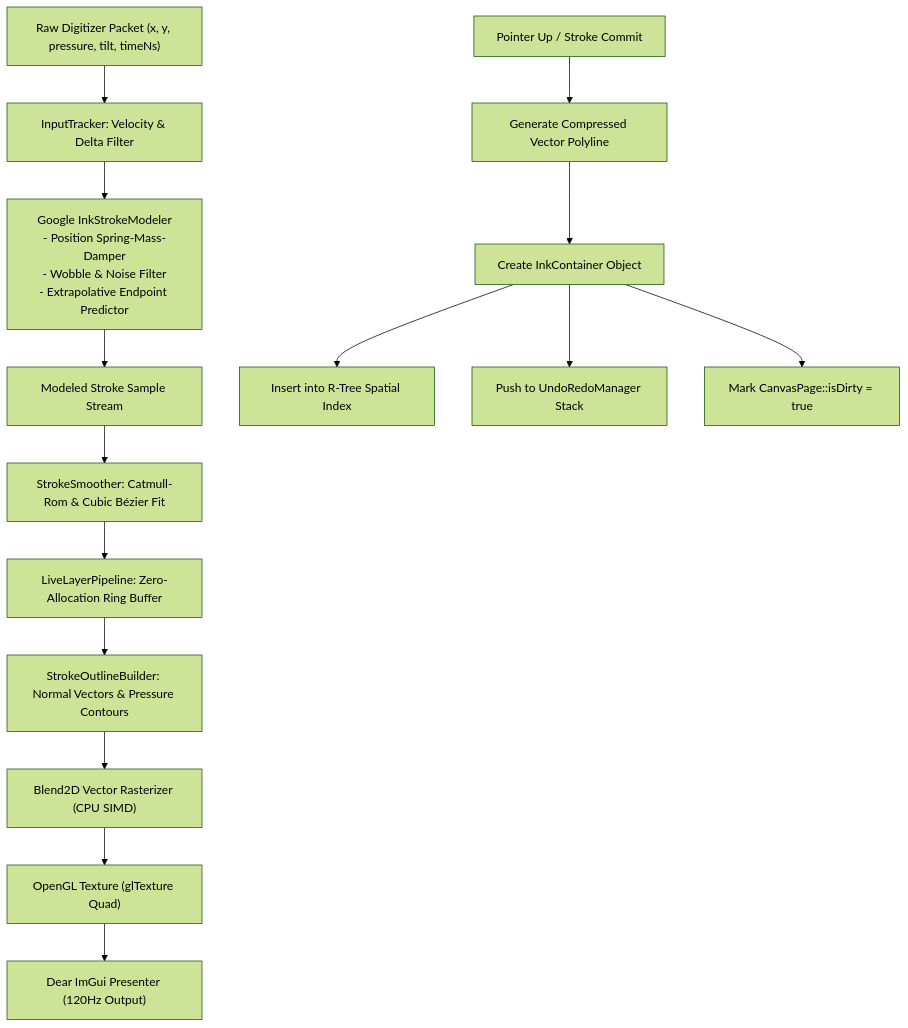
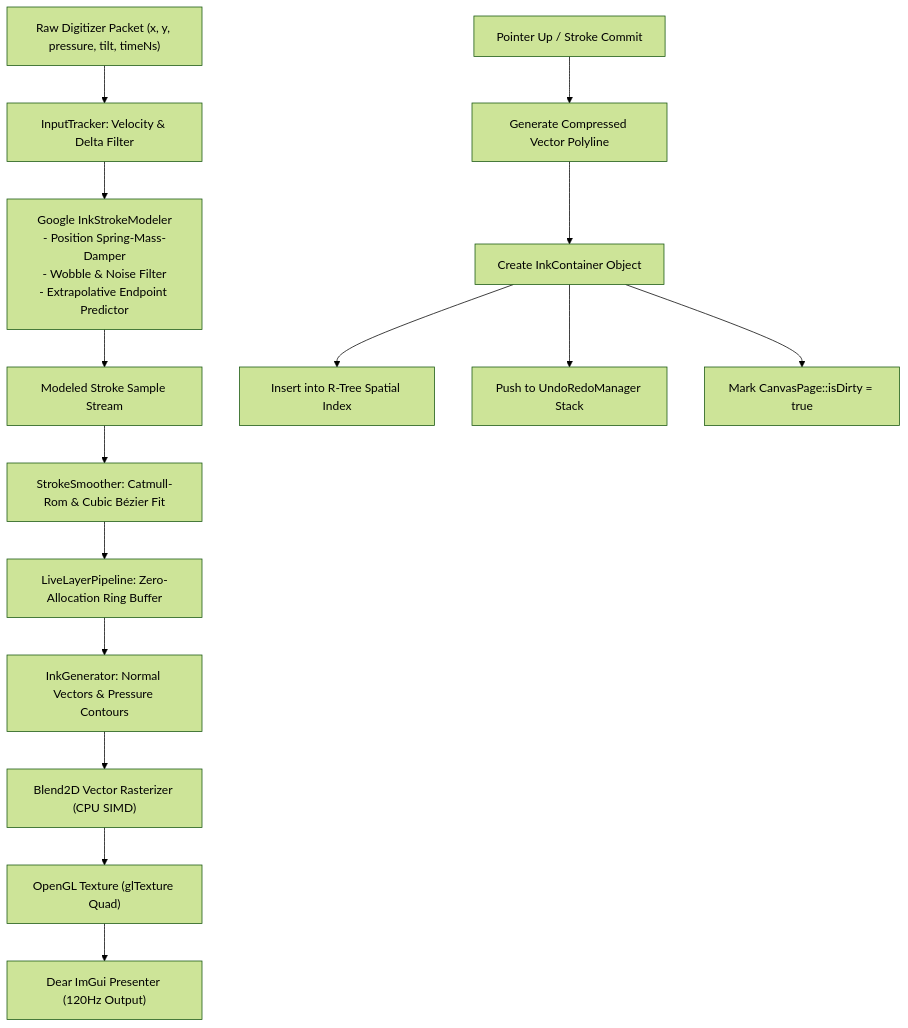
The fifth of 10 diagrams in src/WORKFLOW.md (3dWonderGuy/FolioNote), drawn with Mermaid (forest theme) before and after one commit. The commit also changed other lines of this file and 27 other files, not shown here.

````diff
--- a/src/WORKFLOW.md
+++ b/src/WORKFLOW.md
@@ -532,21 +532,21 @@
 ```mermaid
 graph TD
     RawSample["Raw Digitizer Packet (x, y, pressure, tilt, timeNs)"] --> Tracker["InputTracker: Velocity & Delta Filter"]
     Tracker --> Modeler["Google InkStrokeModeler<br/>- Position Spring-Mass-Damper<br/>- Wobble & Noise Filter<br/>- Extrapolative Endpoint Predictor"]
     
     Modeler --> ModelOutput["Modeled Stroke Sample Stream"]
     ModelOutput --> Smoother["StrokeSmoother: Catmull-Rom & Cubic Bézier Fit"]
     
     Smoother --> LiveBuffer["LiveLayerPipeline: Zero-Allocation Ring Buffer"]
-    LiveBuffer --> OutlineBuilder["StrokeOutlineBuilder: Normal Vectors & Pressure Contours"]
+    LiveBuffer --> OutlineBuilder["InkGenerator: Normal Vectors & Pressure Contours"]
     
     OutlineBuilder --> CPU_Raster["Blend2D Vector Rasterizer (CPU SIMD)"]
     CPU_Raster --> SharedTexture["OpenGL Texture (glTexture Quad)"]
     SharedTexture --> ImGuiViewport["Dear ImGui Presenter (120Hz Output)"]
 
     StrokeComplete["Pointer Up / Stroke Commit"] --> FinalPoly["Generate Compressed Vector Polyline"]
     FinalPoly --> InkObj["Create InkContainer Object"]
     InkObj --> SpatialInsert["Insert into R-Tree Spatial Index"]
     InkObj --> CommandStack["Push to UndoRedoManager Stack"]
     InkObj --> DirtyFlag["Mark CanvasPage::isDirty = true"]
 ```
````
